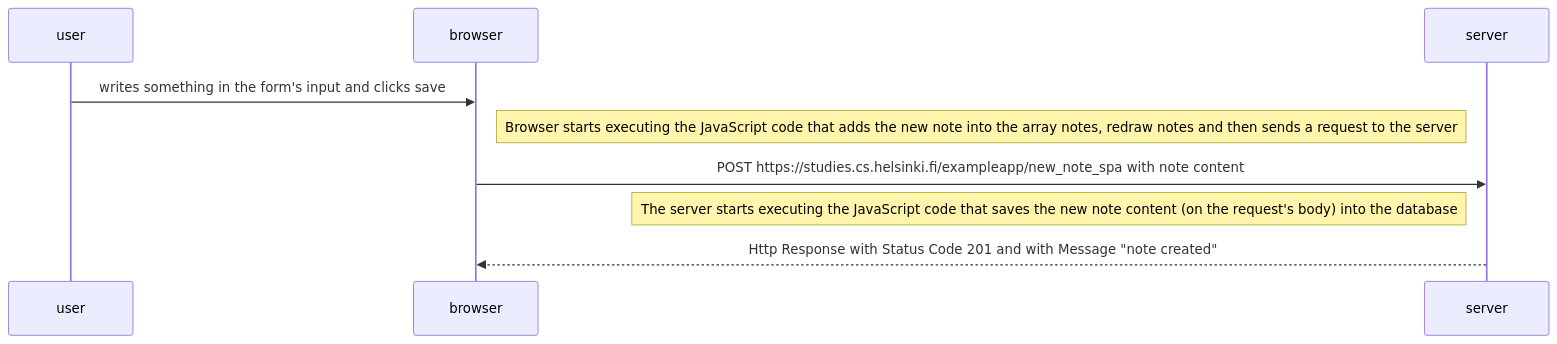
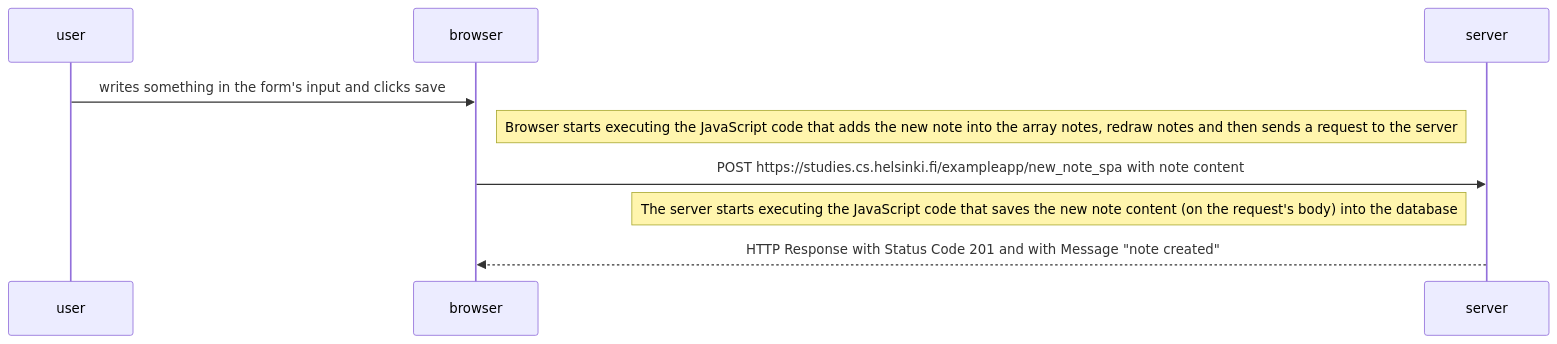
The diagram in part0/exercise0-6.md (Sparx27/fullStackOpen), drawn with Mermaid before and after one commit.

Commit message:
little correction on exercise 0.6

````diff
--- a/part0/exercise0-6.md
+++ b/part0/exercise0-6.md
@@ -1,14 +1,14 @@
 ```mermaid
 sequenceDiagram
   participant user
   participant browser
   participant server
 
   user->>browser: writes something in the form's input and clicks save
 
   Note right of browser: Browser starts executing the JavaScript code that adds the new note into the array notes, redraw notes and then sends a request to the server
 
   browser->>server: POST https://studies.cs.helsinki.fi/exampleapp/new_note_spa with note content
   Note left of server: The server starts executing the JavaScript code that saves the new note content (on the request's body) into the database
-  server-->>browser: Http Response with Status Code 201 and with Message "note created"  
+  server-->>browser: HTTP Response with Status Code 201 and with Message "note created"  
 ```
````
